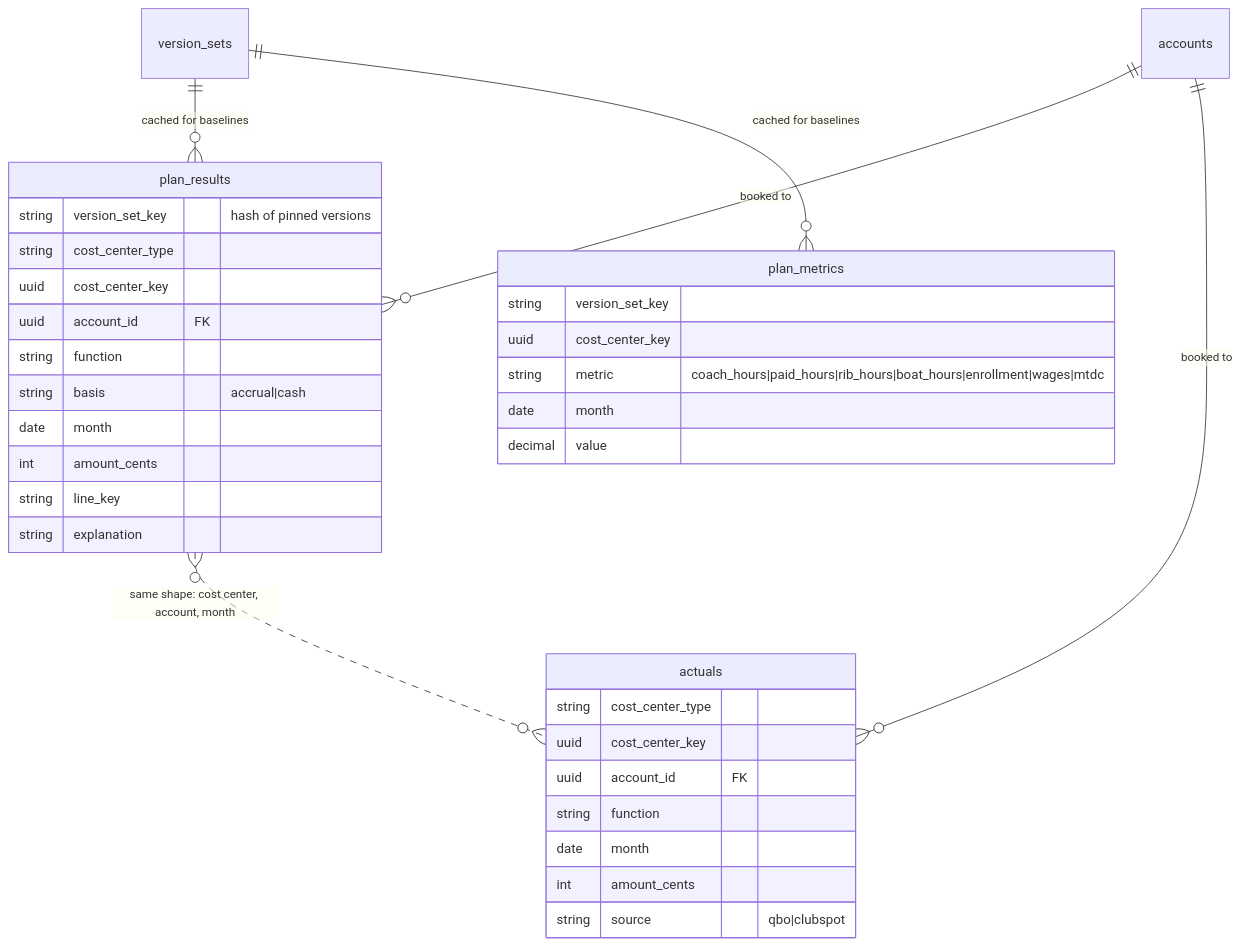
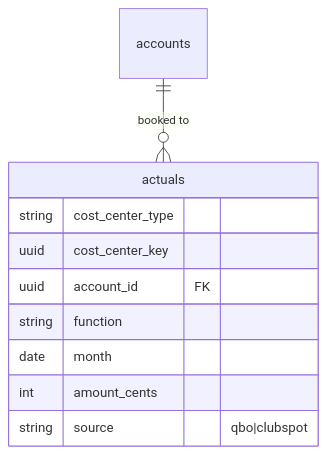
One commit to cyc-seattle/platform changed the fifth of 5 diagrams in docs/planning-schema.md. Above: the diagram before and after it, drawn with Mermaid. The commit also changed other lines of this file and 56 other files, not shown here.

````diff
--- a/docs/planning-schema.md
+++ b/docs/planning-schema.md
@@ -440,37 +365,14 @@
 ```mermaid
 erDiagram
-    version_sets ||--o{ plan_results : "cached for baselines"
-    version_sets ||--o{ plan_metrics : "cached for baselines"
-    accounts ||--o{ plan_results : "booked to"
     accounts ||--o{ actuals : "booked to"
-    plan_results }o..o{ actuals : "same shape: cost center, account, month"
 
-    plan_results {
-        string version_set_key "hash of pinned versions"
-        string cost_center_type
-        uuid cost_center_key
-        uuid account_id FK
-        string function
-        string basis "accrual|cash"
-        date month
-        int amount_cents
-        string line_key
-        string explanation
-    }
-    plan_metrics {
-        string version_set_key
-        uuid cost_center_key
-        string metric "coach_hours|paid_hours|rib_hours|boat_hours|enrollment|wages|mtdc"
-        date month
-        decimal value
-    }
     actuals {
         string cost_center_type
         uuid cost_center_key
         uuid account_id FK
         string function
         date month
         int amount_cents
         string source "qbo|clubspot"
     }
 ```
````
